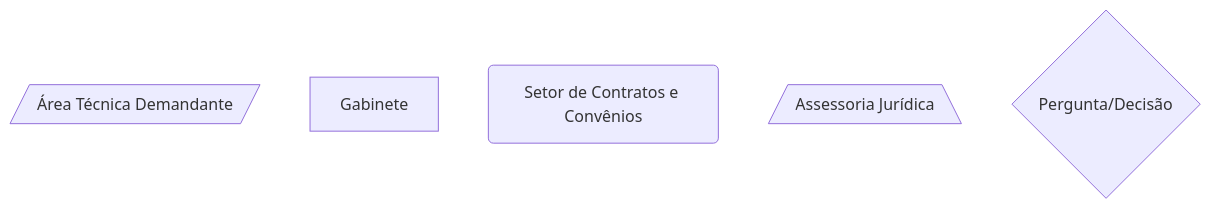
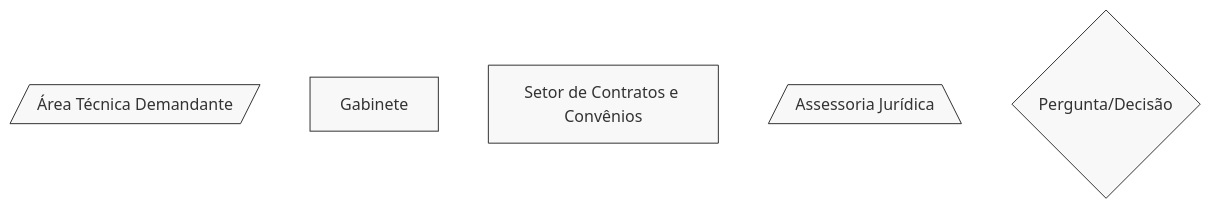
The first of 2 diagrams in docs/parcerias/marco-do-fomento/termo-de-cooperacao-cultural.md (iepha-mg/manual.appi), drawn with Mermaid before and after one commit. The commit also changed other lines of this file and 6 other files, not shown here.

````diff
--- a/docs/parcerias/marco-do-fomento/termo-de-cooperacao-cultural.md
+++ b/docs/parcerias/marco-do-fomento/termo-de-cooperacao-cultural.md
@@ -100,8 +176,11 @@
-<div class="mermaid">
+```mermaid
+    %%{init: { 'flowchart': { 'htmlLabels': true }, 'maxTextSize': 90000 }}%%
 flowchart TD
     A_LEG@{ shape: lean-r, label: "Área Técnica Demandante" }
     B_LEG@{ shape: rect, label: "Gabinete" }
     C_LEG@{ shape: rounded, label: "Setor de Contratos e Convênios" }
     D_LEG@{ shape: trap-b, label: "Assessoria Jurídica" }
     E_LEG@{ shape: diamond, label: "Pergunta/Decisão" }
-</div>
+
+    classDef default stroke:#333,stroke-width:1px,fill:#f8f8f8,rx:0,ry:6font-size:20px;
+```
````
